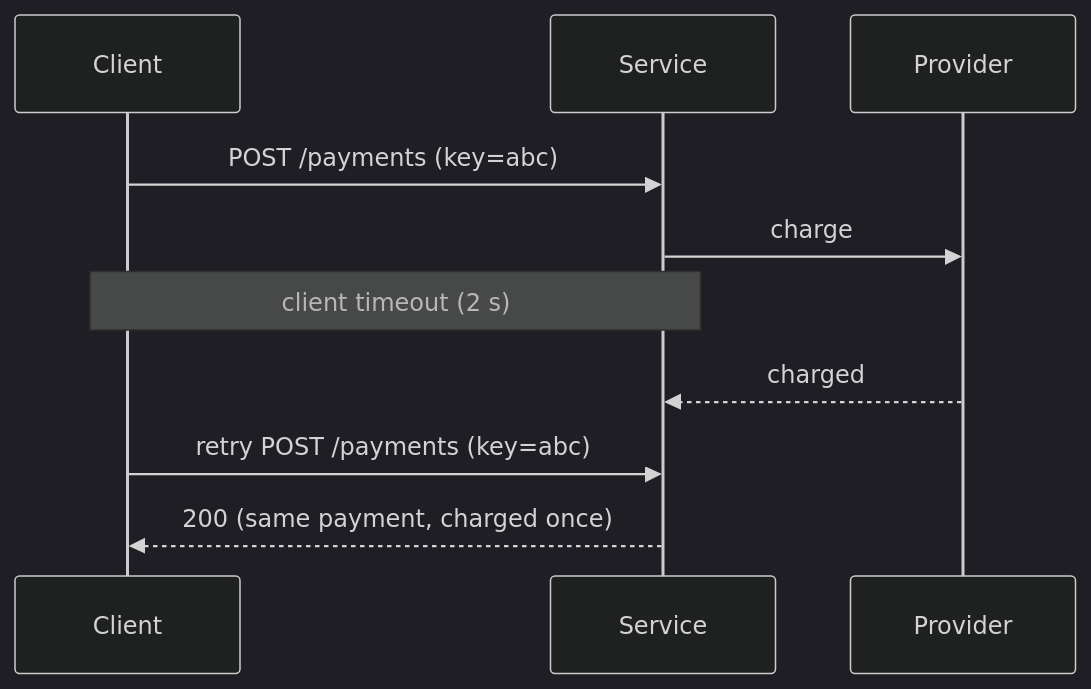
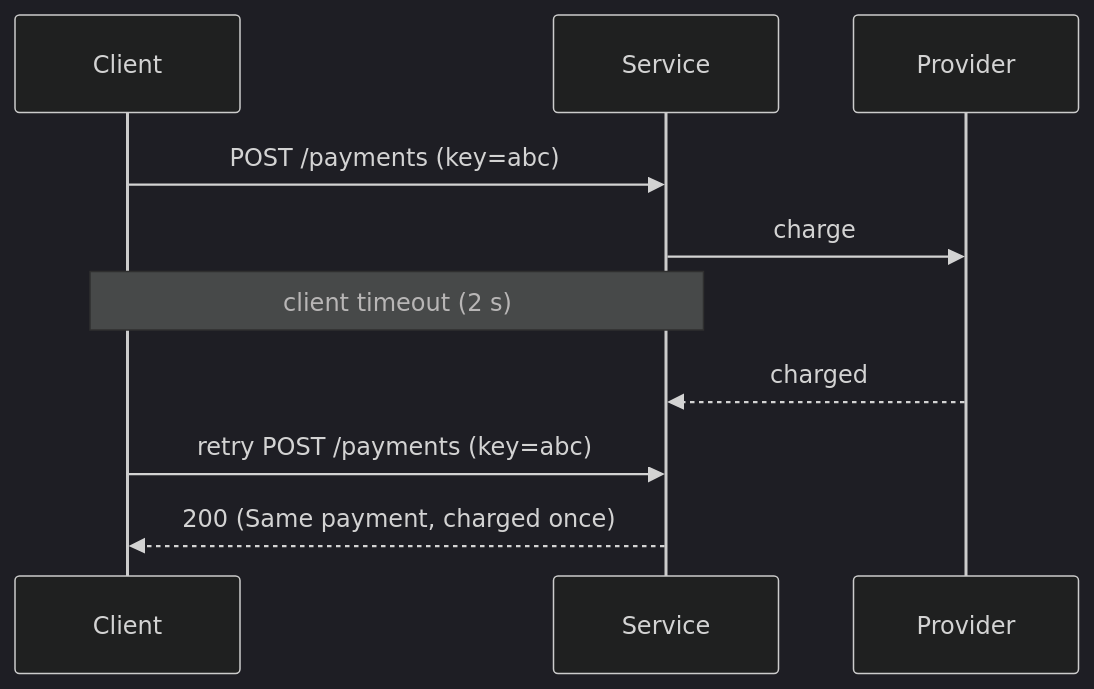
Before and after one commit to Chamba-Lab/studyforge: the second of 9 diagrams in docs/visuals.md, drawn with Mermaid (dark theme). The commit also changed other lines of this file and 6 other files, not shown here.

Commit message:
fix(skill): require capitalized diagram labels and a proofreading pass (#6)

````diff
--- a/docs/visuals.md
+++ b/docs/visuals.md
@@ -34,12 +34,12 @@
 ```mermaid
 sequenceDiagram
     participant C as Client
     participant S as Service
     participant P as Provider
     C->>S: POST /payments (key=abc)
     S->>P: charge
     Note over C,S: client timeout (2 s)
     P-->>S: charged
     C->>S: retry POST /payments (key=abc)
-    S-->>C: 200 (same payment, charged once)
+    S-->>C: 200 (Same payment, charged once)
 ```
````
